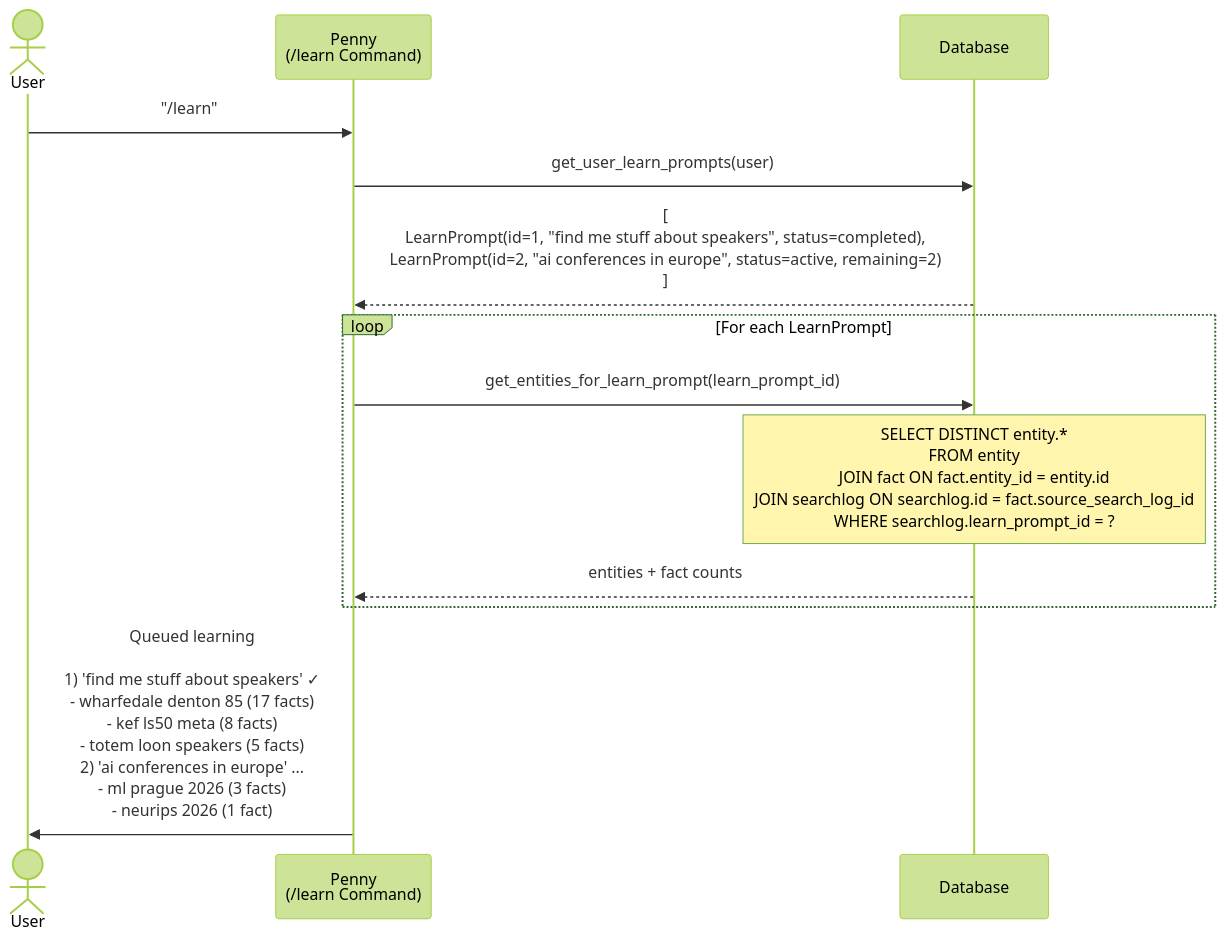
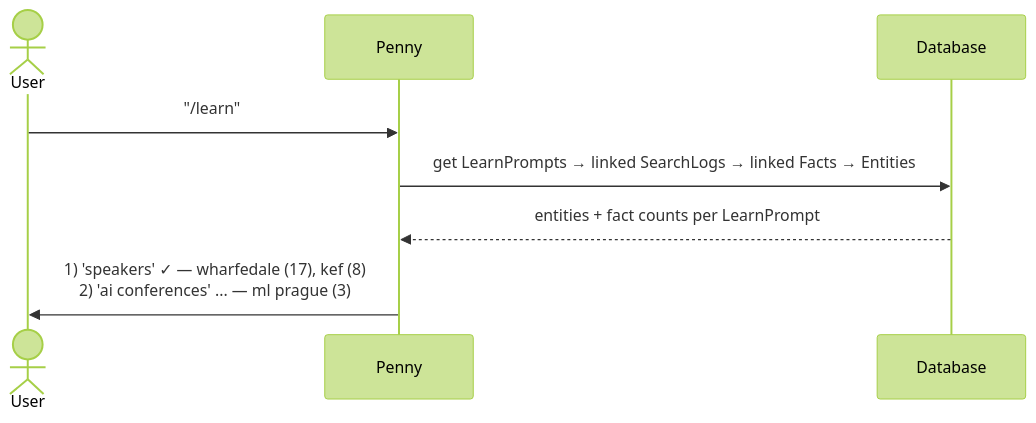
Before and after one commit to jaredlockhart/penny: the third of 8 diagrams in docs/knowledge-system-flows.md, drawn with Mermaid (forest theme). The commit also changed other lines of this file, not shown here.

Commit message:
docs: simplify sequence diagrams to core interactions

````diff
--- a/docs/knowledge-system-flows.md
+++ b/docs/knowledge-system-flows.md
@@ -121,18 +59,12 @@
 ```mermaid
 sequenceDiagram
     actor User
-    participant Penny as Penny<br/>(/learn Command)
+    participant Penny
     participant DB as Database
 
     User->>Penny: "/learn"
-    Penny->>DB: get_user_learn_prompts(user)
-    DB-->>Penny: [<br/>  LearnPrompt(id=1, "find me stuff about speakers", status=completed),<br/>  LearnPrompt(id=2, "ai conferences in europe", status=active, remaining=2)<br/>]
+    Penny->>DB: get LearnPrompts → linked SearchLogs → linked Facts → Entities
+    DB-->>Penny: entities + fact counts per LearnPrompt
 
-    loop For each LearnPrompt
-        Penny->>DB: get_entities_for_learn_prompt(learn_prompt_id)
-        Note over DB: SELECT DISTINCT entity.*<br/>FROM entity<br/>JOIN fact ON fact.entity_id = entity.id<br/>JOIN searchlog ON searchlog.id = fact.source_search_log_id<br/>WHERE searchlog.learn_prompt_id = ?
-        DB-->>Penny: entities + fact counts
-    end
-
-    Penny->>User: Queued learning<br/><br/>1) 'find me stuff about speakers' ✓<br/>   - wharfedale denton 85 (17 facts)<br/>   - kef ls50 meta (8 facts)<br/>   - totem loon speakers (5 facts)<br/>2) 'ai conferences in europe' ...<br/>   - ml prague 2026 (3 facts)<br/>   - neurips 2026 (1 fact)
+    Penny->>User: 1) 'speakers' ✓ — wharfedale (17), kef (8)<br/>2) 'ai conferences' ... — ml prague (3)
 ```
````
